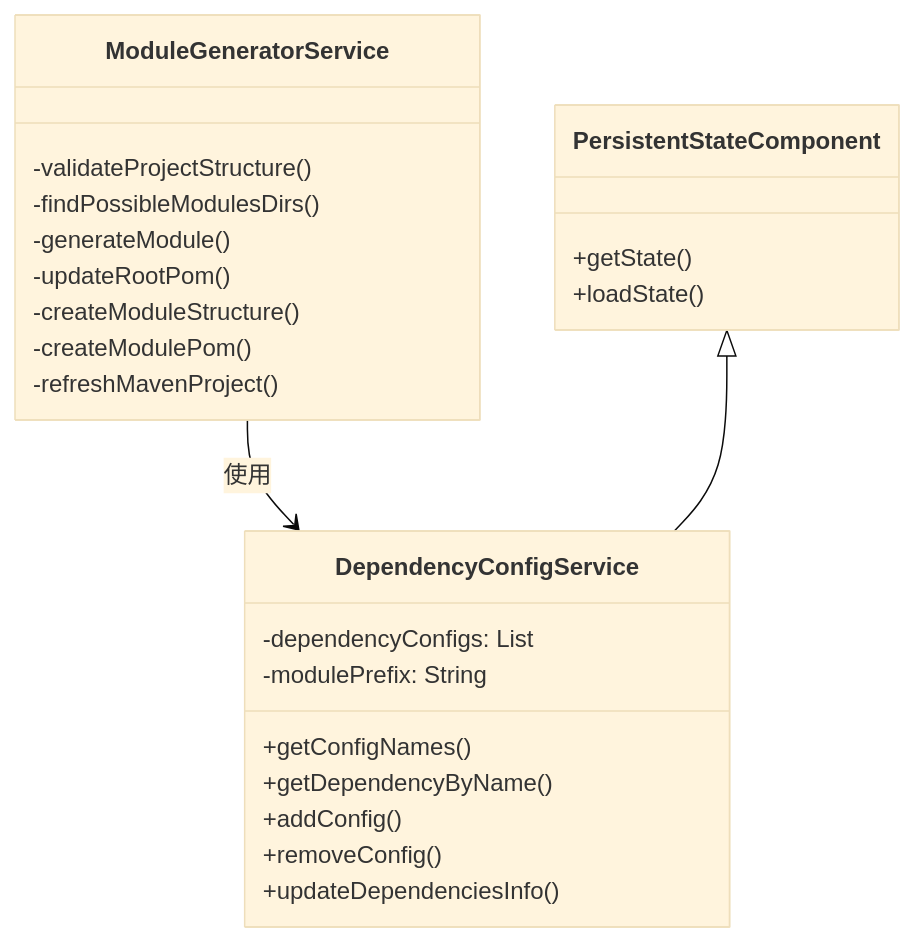
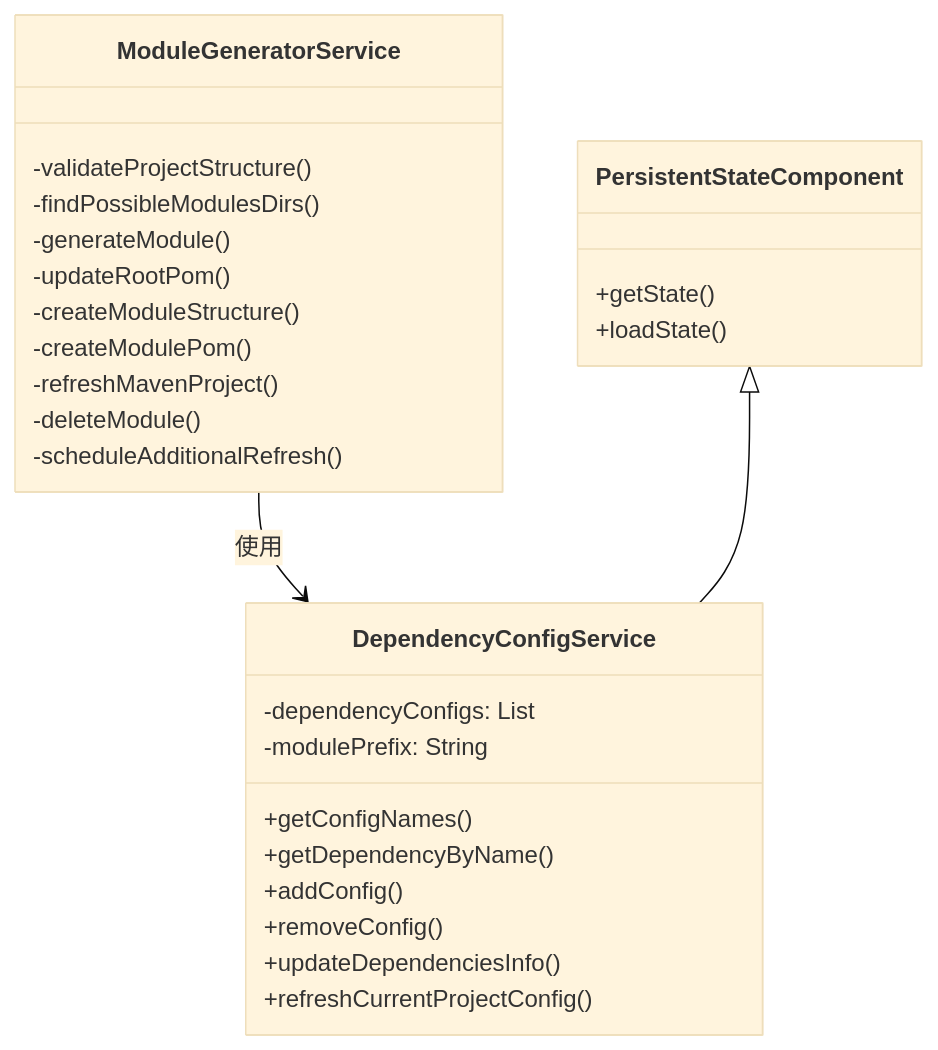
One commit to korykim/ruoyi-vue-plus-module-fast-generator changed the fifth of 12 diagrams in note.md. Above: the diagram before and after it, drawn with Mermaid (base theme). The commit also changed other lines of this file, not shown here.

````diff
--- a/note.md
+++ b/note.md
@@ -112,31 +117,34 @@
 ```mermaid
 classDiagram
     class ModuleGeneratorService {
         -validateProjectStructure()
         -findPossibleModulesDirs()
         -generateModule()
         -updateRootPom()
         -createModuleStructure()
         -createModulePom()
         -refreshMavenProject()
+        -deleteModule()
+        -scheduleAdditionalRefresh()
     }
     
     class DependencyConfigService {
         -dependencyConfigs: List
         -modulePrefix: String
         +getConfigNames()
         +getDependencyByName()
         +addConfig()
         +removeConfig()
         +updateDependenciesInfo()
+        +refreshCurrentProjectConfig()
     }
     
     ModuleGeneratorService --> DependencyConfigService: 使用
     
     class PersistentStateComponent {
         +getState()
         +loadState()
     }
     
     PersistentStateComponent <|-- DependencyConfigService
 ```
````
